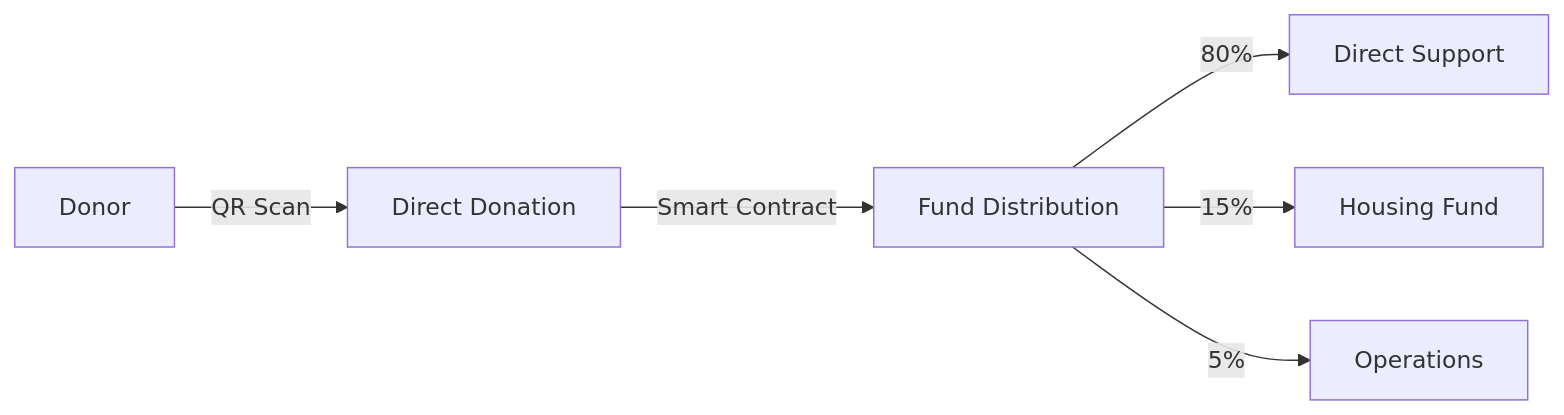
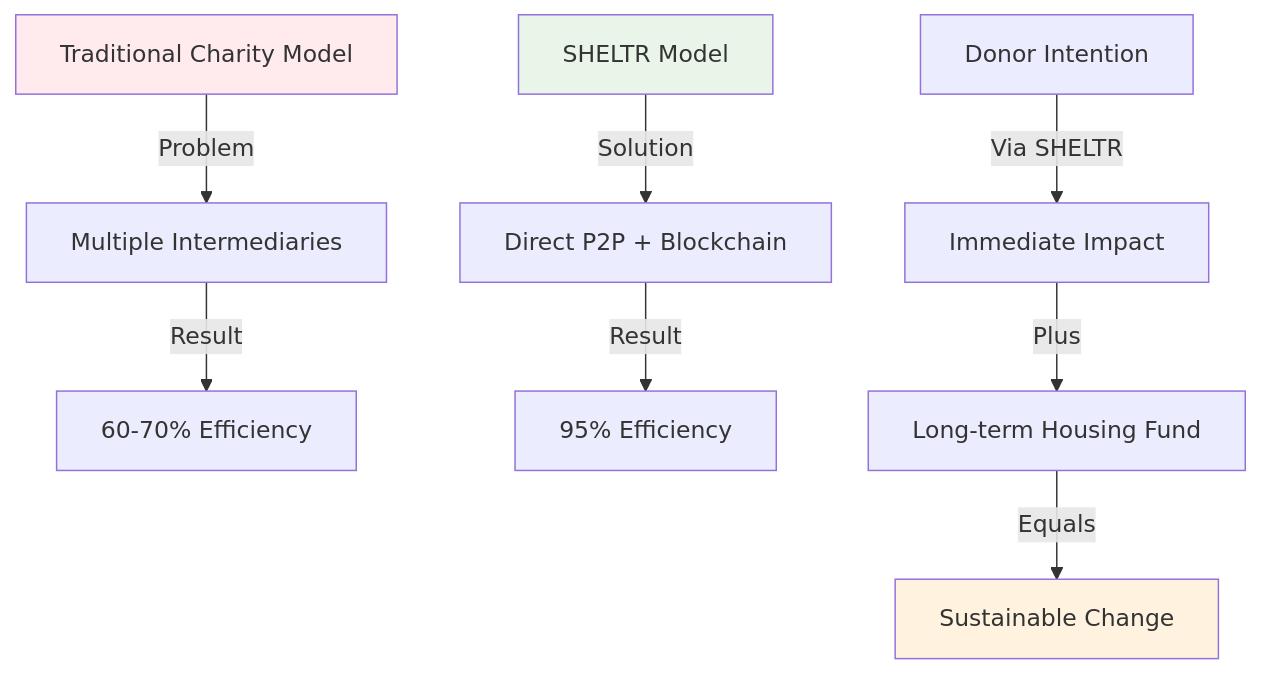
One commit to mrj0nesmtl/sheltr-ai changed the first of 4 diagrams in docs/02-architecture/whitepaper_final.md. Above: the diagram before and after it, drawn with Mermaid. The commit also changed other lines of this file and 25 other files, not shown here.

````diff
--- a/docs/02-architecture/whitepaper_final.md
+++ b/docs/02-architecture/whitepaper_final.md
@@ -121,8 +69,16 @@
 ```mermaid
-graph LR
-    A[Donor] -->|QR Scan| B[Direct Donation]
-    B -->|Smart Contract| C[Fund Distribution]
-    C -->|80%| D[Direct Support]
-    C -->|15%| E[Housing Fund]
-    C -->|5%| F[Operations]
+graph TD
+    A[Traditional Charity Model] -->|Problem| B[Multiple Intermediaries]
+    B -->|Result| C[60-70% Efficiency]
+    
+    D[SHELTR Model] -->|Solution| E[Direct P2P + Blockchain]
+    E -->|Result| F[95% Efficiency]
+    
+    G[Donor Intention] -->|Via SHELTR| H[Immediate Impact]
+    H -->|Plus| I[Long-term Housing Fund]
+    I -->|Equals| J[Sustainable Change]
+    
+    style A fill:#ffebee
+    style D fill:#e8f5e8
+    style J fill:#fff3e0
 ```
````
